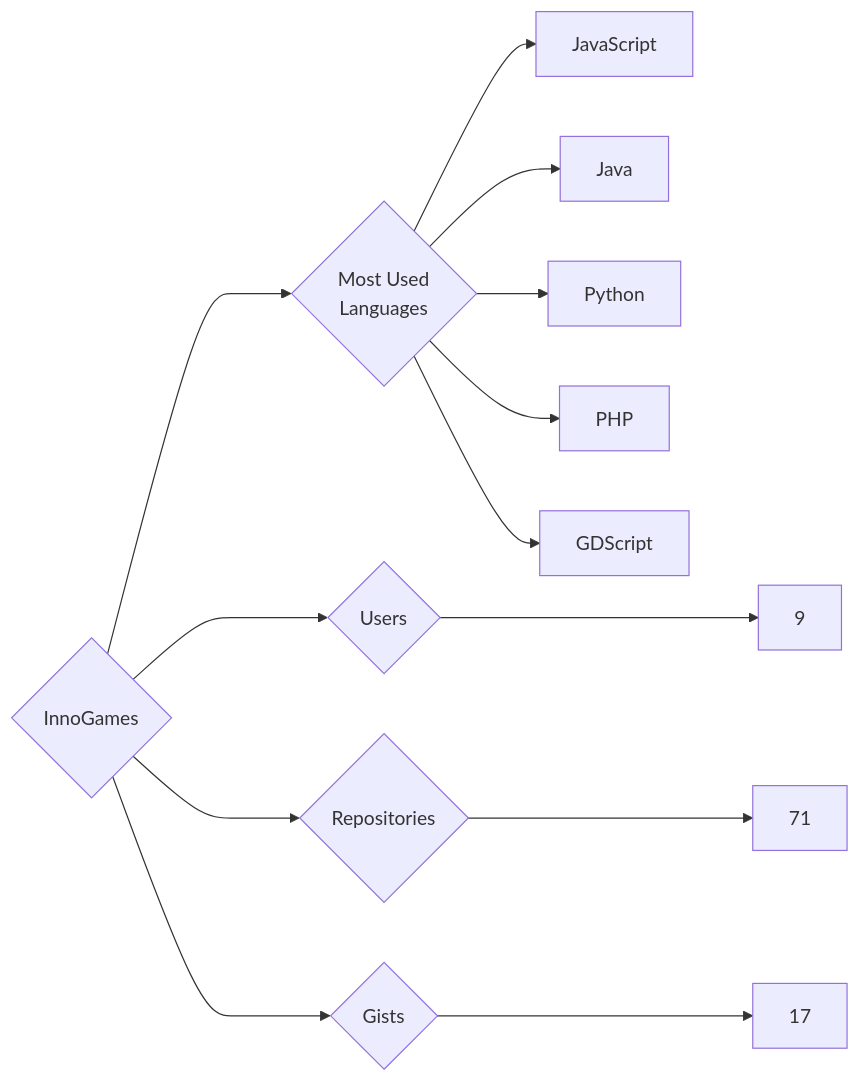
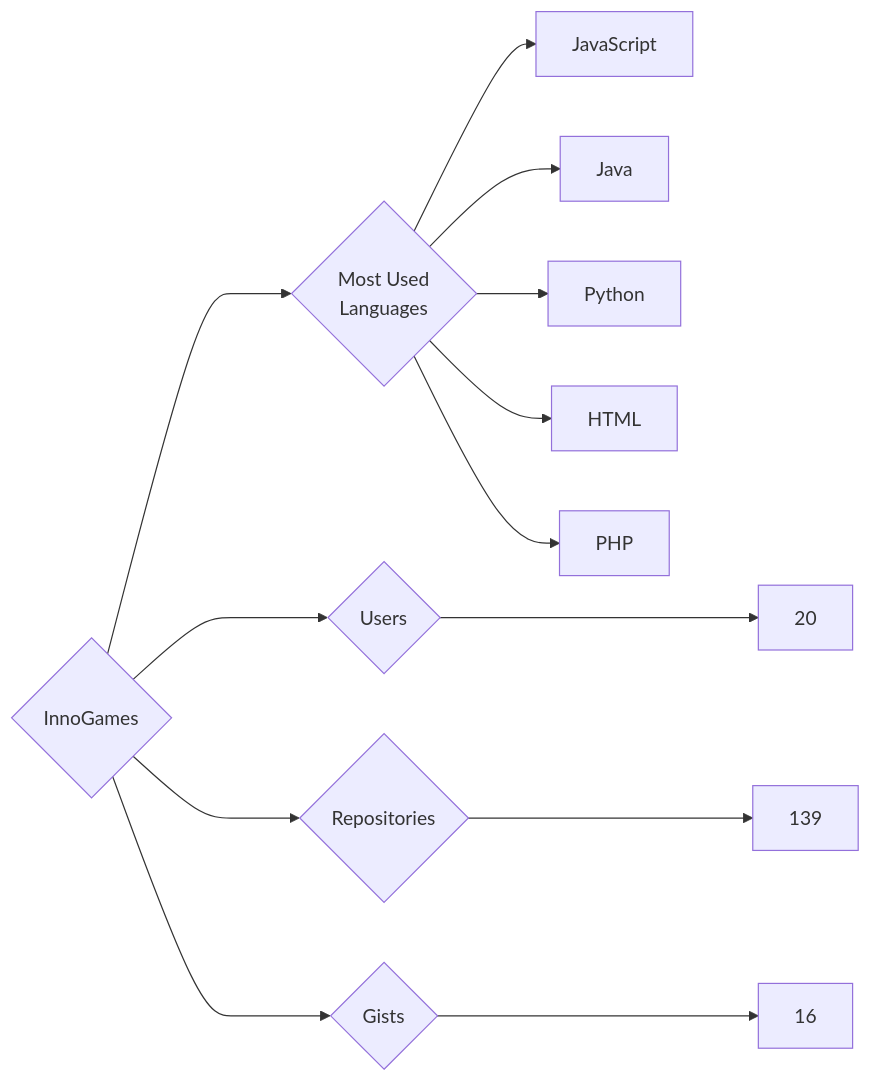
One commit to trickest/insiders changed the diagram in targets/InnoGames/README.md. Above: the diagram before and after it, drawn with Mermaid. The commit also changed 681 other files, not shown here.

````diff
--- a/targets/InnoGames/README.md
+++ b/targets/InnoGames/README.md
@@ -3,13 +3,13 @@
 ```mermaid
 graph LR
 COMPANY_NAME{InnoGames}
-COMPANY_NAME ---> U{Users} ---> UN[9]
-COMPANY_NAME ---> R{Repositories} ---> RN[71]
-COMPANY_NAME ---> G{Gists} ---> GN[17]
+COMPANY_NAME ---> U{Users} ---> UN[20]
+COMPANY_NAME ---> R{Repositories} ---> RN[139]
+COMPANY_NAME ---> G{Gists} ---> GN[16]
 COMPANY_NAME ---> ML{Most Used<br>Languages}
 ML --> JavaScript[JavaScript]
 ML --> Java[Java]
 ML --> Python[Python]
+ML --> HTML[HTML]
 ML --> PHP[PHP]
-ML --> GDScript[GDScript]
 ```
````
